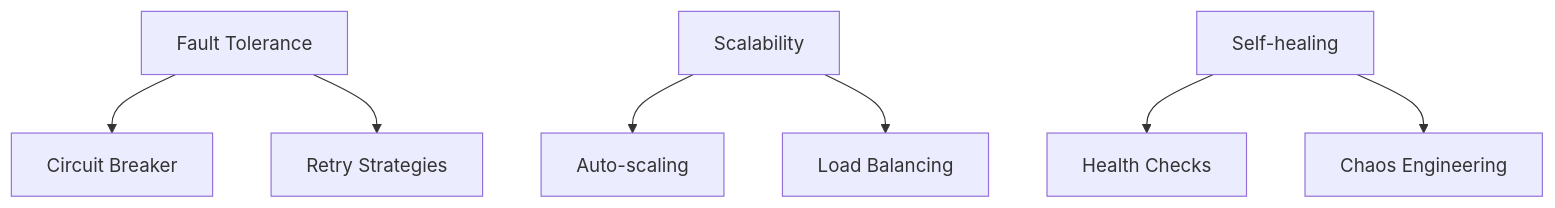
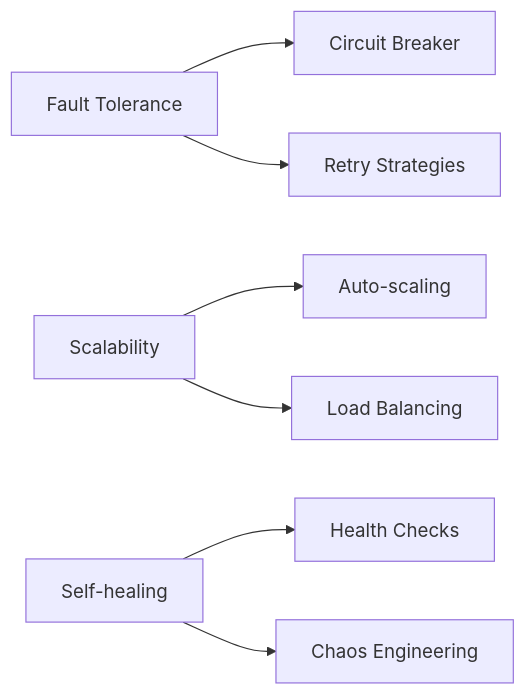
The first of 6 diagrams in Sesi 5/4. Operational Risillency.md (abdfajar/Pelatihan), drawn with Mermaid before and after one commit.

Commit message:
Update 4. Operational Risillency.md

````diff
--- a/Sesi 5/4. Operational Risillency.md
+++ b/Sesi 5/4. Operational Risillency.md
@@ -13,9 +13,9 @@
 ```mermaid
-graph TD
+graph LR
   A[Fault Tolerance] --> B[Circuit Breaker]
   A --> C[Retry Strategies]
   D[Scalability] --> E[Auto-scaling]
   D --> F[Load Balancing]
   G[Self-healing] --> H[Health Checks]
   G --> I[Chaos Engineering]
 ```
````
